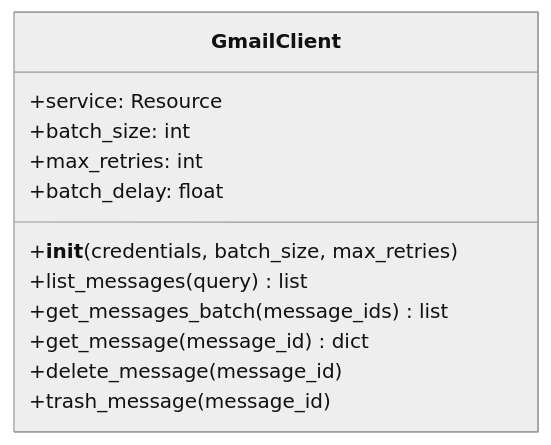
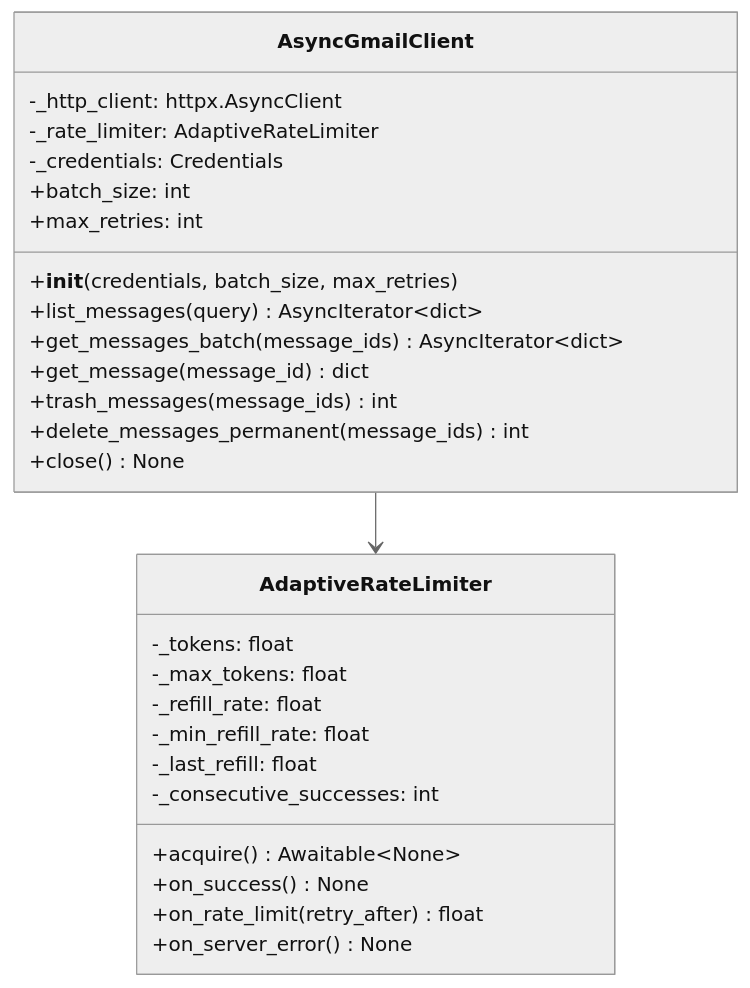
Before and after one commit to tumma72/GMailArchiver: the second of 8 diagrams in src/gmailarchiver/connectors/ARCHITECTURE.md, drawn with Mermaid (neutral theme). The commit also changed other lines of this file and 24 other files, not shown here.

First line of the commit message:
refactor: Complete async-only architecture migration (ADR-006)

````diff
--- a/src/gmailarchiver/connectors/ARCHITECTURE.md
+++ b/src/gmailarchiver/connectors/ARCHITECTURE.md
@@ -67,15 +68,32 @@
 ```mermaid
 classDiagram
-    class GmailClient {
-        +service: Resource
+    class AsyncGmailClient {
+        -_http_client: httpx.AsyncClient
+        -_rate_limiter: AdaptiveRateLimiter
+        -_credentials: Credentials
         +batch_size: int
         +max_retries: int
-        +batch_delay: float
         +__init__(credentials, batch_size, max_retries)
-        +list_messages(query) list
-        +get_messages_batch(message_ids) list
+        +list_messages(query) AsyncIterator~dict~
+        +get_messages_batch(message_ids) AsyncIterator~dict~
         +get_message(message_id) dict
-        +delete_message(message_id)
-        +trash_message(message_id)
+        +trash_messages(message_ids) int
+        +delete_messages_permanent(message_ids) int
+        +close() None
     }
+
+    class AdaptiveRateLimiter {
+        -_tokens: float
+        -_max_tokens: float
+        -_refill_rate: float
+        -_min_refill_rate: float
+        -_last_refill: float
+        -_consecutive_successes: int
+        +acquire() Awaitable~None~
+        +on_success() None
+        +on_rate_limit(retry_after) float
+        +on_server_error() None
+    }
+
+    AsyncGmailClient --> AdaptiveRateLimiter
 ```
````
